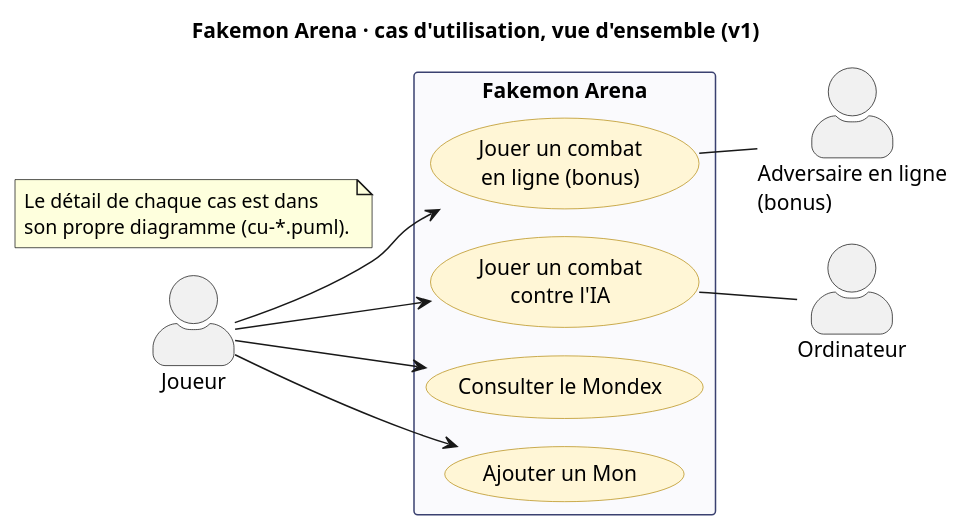
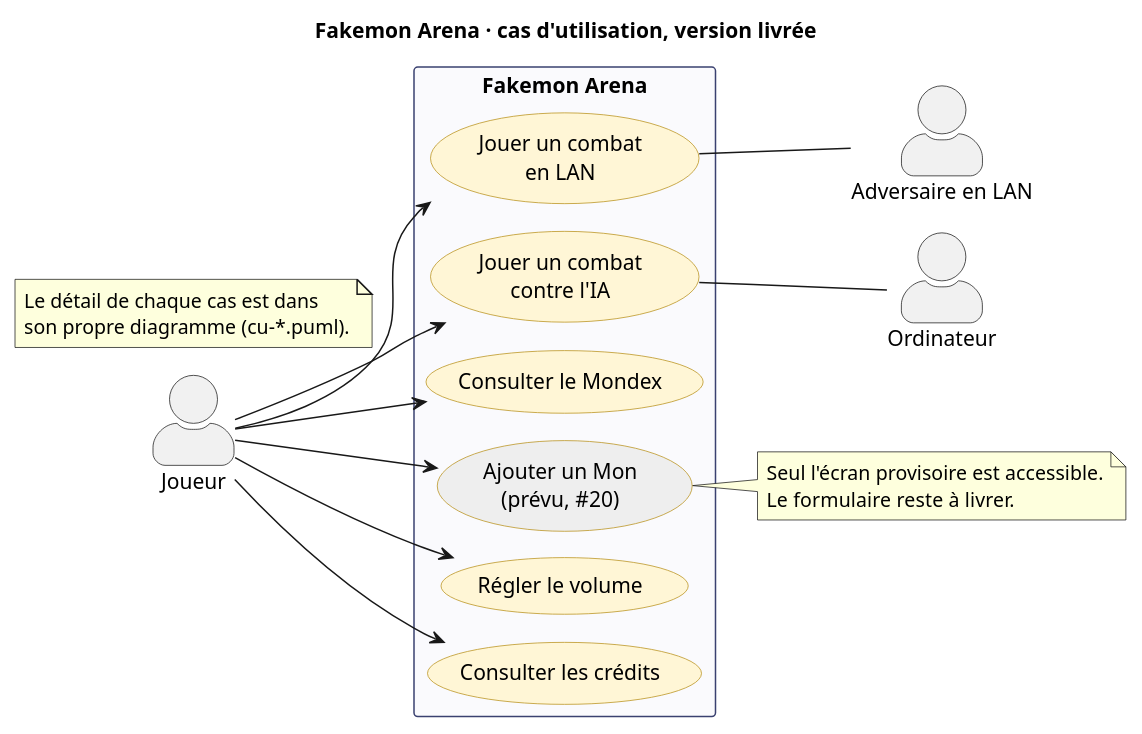
One commit to OnerAliCan/fakemon-arena changed the diagram in docs/uml/cas-utilisation.puml. Above: the diagram before and after it, drawn with PlantUML. The commit also changed 22 other files, not shown here.

First line of the commit message:
docs: actualise le guide du jeu et les parcours UML (#30) (#78)

```diff
--- a/docs/uml/cas-utilisation.puml
+++ b/docs/uml/cas-utilisation.puml
@@ -1,38 +1,47 @@
 @startuml cas-utilisation
 !pragma layout smetana
 left to right direction
 skinparam actorStyle awesome
 skinparam defaultFontName Segoe UI
 skinparam usecase {
   BackgroundColor #FFF6D6
   BorderColor #B8901A
 }
 skinparam rectangle {
   BorderColor #3A4170
   BackgroundColor #FAFAFD
 }
-title Fakemon Arena · cas d'utilisation, vue d'ensemble (v1)
+title Fakemon Arena · cas d'utilisation, version livrée
 
 actor "Joueur" as joueur
 actor "Ordinateur" as ia
-actor "Adversaire en ligne\n(bonus)" as adv
+actor "Adversaire en LAN" as adv
 
 rectangle "Fakemon Arena" {
-  usecase "Jouer un combat\nen ligne (bonus)" as jouerLigne
+  usecase "Jouer un combat\nen LAN" as jouerLigne
   usecase "Jouer un combat\ncontre l'IA" as jouerIA
   usecase "Consulter le Mondex" as mondex
-  usecase "Ajouter un Mon" as ajouter
+  usecase "Ajouter un Mon\n(prévu, #20)" as ajouter #EEEEEE
+  usecase "Régler le volume" as volume
+  usecase "Consulter les crédits" as credits
 }
 
 joueur --> jouerLigne
 joueur --> jouerIA
 joueur --> mondex
 joueur --> ajouter
+joueur --> volume
+joueur --> credits
 jouerIA -- ia
 jouerLigne -- adv
+
+note right of ajouter
+  Seul l'écran provisoire est accessible.
+  Le formulaire reste à livrer.
+end note
 
 note as detail
   Le détail de chaque cas est dans
   son propre diagramme (cu-*.puml).
 end note
 @enduml
```
